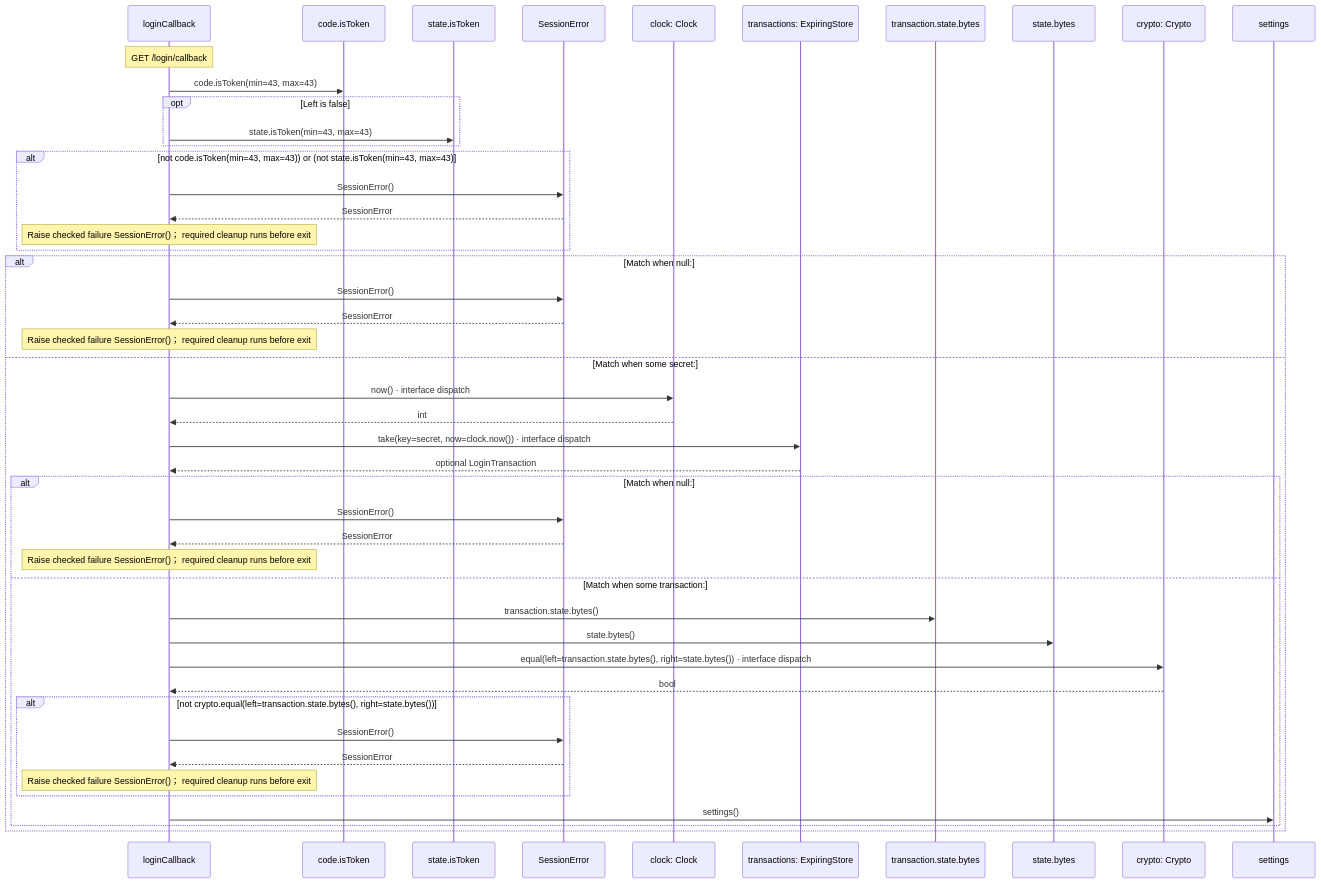
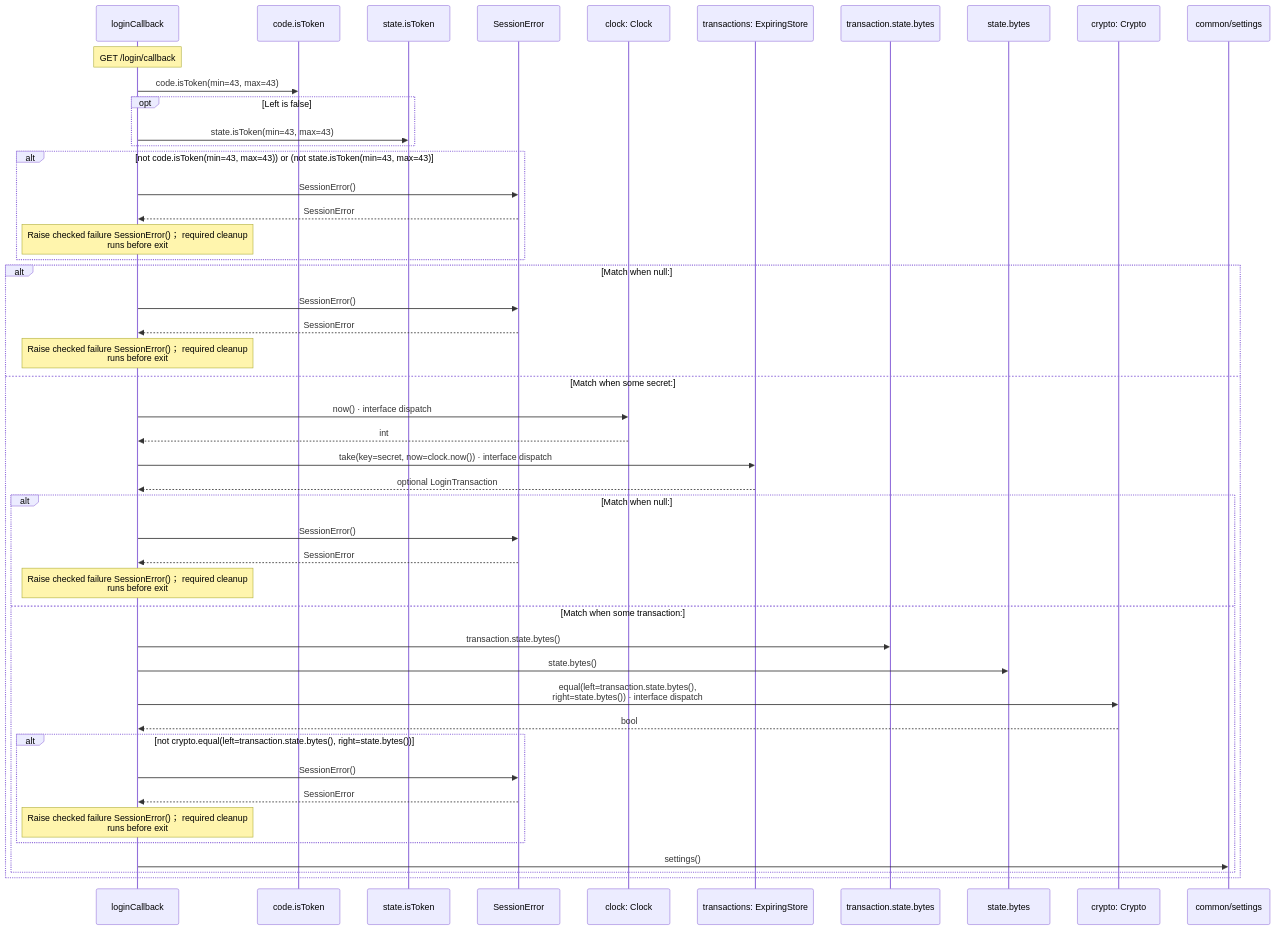
One commit to GreenPandaStudios/augscript changed the sixth of 9 diagrams in docs/examples/oidc-login/client/login-diagrams.md. Above: the diagram before and after it, drawn with Mermaid. The commit also changed other lines of this file and 200 other files, not shown here.

Commit message:
Group imported operations and wrap readable sequence messages

````diff
--- a/docs/examples/oidc-login/client/login-diagrams.md
+++ b/docs/examples/oidc-login/client/login-diagrams.md
@@ -235,49 +234,49 @@
 ```mermaid
 sequenceDiagram
     participant p0 as loginCallback
     participant p1 as code.isToken
     participant p2 as state.isToken
     participant p3 as SessionError
     participant p4 as clock: Clock
     participant p5 as transactions: ExpiringStore
     participant p6 as transaction.state.bytes
     participant p7 as state.bytes
     participant p8 as crypto: Crypto
-    participant p9 as settings
+    participant p9 as common/settings
     Note over p0: GET /login/callback
     p0->>p1: code.isToken(min=43, max=43)
     opt Left is false
     p0->>p2: state.isToken(min=43, max=43)
     end
     alt not code.isToken(min=43, max=43)) or (not state.isToken(min=43, max=43)
     p0->>p3: SessionError()
     p3-->>p0: SessionError
-    Note over p0: Raise checked failure SessionError()； required cleanup runs before exit
+    Note over p0: Raise checked failure SessionError()； required cleanup<br/>runs before exit
     end
     alt Match when null:
     p0->>p3: SessionError()
     p3-->>p0: SessionError
-    Note over p0: Raise checked failure SessionError()； required cleanup runs before exit
+    Note over p0: Raise checked failure SessionError()； required cleanup<br/>runs before exit
     else Match when some secret:
     p0->>p4: now() · interface dispatch
     p4-->>p0: int
     p0->>p5: take(key=secret, now=clock.now()) · interface dispatch
     p5-->>p0: optional LoginTransaction
     alt Match when null:
     p0->>p3: SessionError()
     p3-->>p0: SessionError
-    Note over p0: Raise checked failure SessionError()； required cleanup runs before exit
+    Note over p0: Raise checked failure SessionError()； required cleanup<br/>runs before exit
     else Match when some transaction:
     p0->>p6: transaction.state.bytes()
     p0->>p7: state.bytes()
-    p0->>p8: equal(left=transaction.state.bytes(), right=state.bytes()) · interface dispatch
+    p0->>p8: equal(left=transaction.state.bytes(),<br/>right=state.bytes()) · interface dispatch
     p8-->>p0: bool
     alt not crypto.equal(left=transaction.state.bytes(), right=state.bytes())
     p0->>p3: SessionError()
     p3-->>p0: SessionError
-    Note over p0: Raise checked failure SessionError()； required cleanup runs before exit
+    Note over p0: Raise checked failure SessionError()； required cleanup<br/>runs before exit
     end
     p0->>p9: settings()
     end
     end
 ```
````
